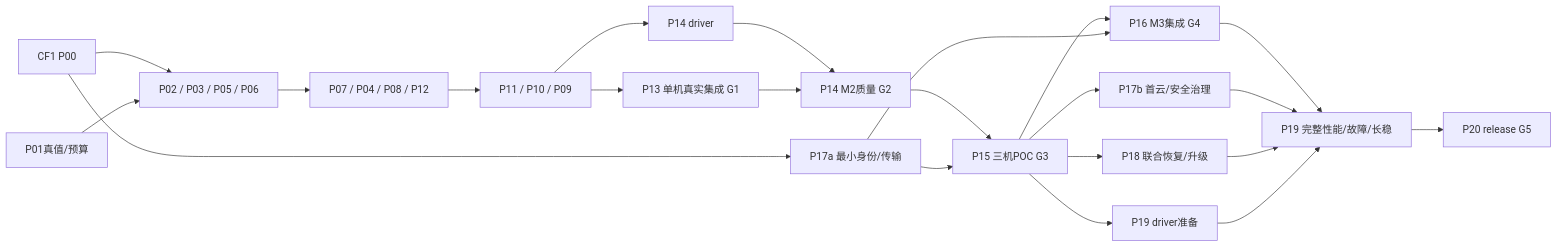
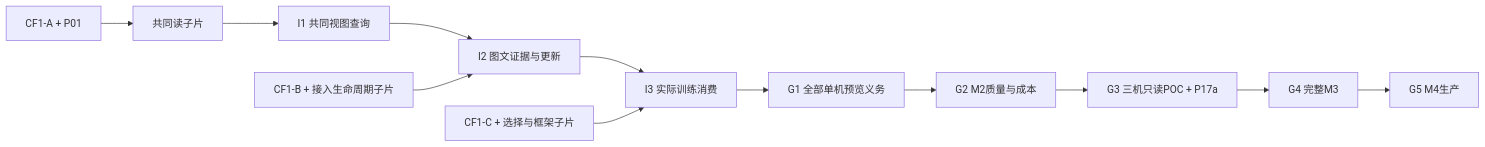
One commit to yizhouxw/guradb changed the diagram in docs/plans/2026-10-20-parallel-delivery.md. Above: the diagram before and after it, drawn with Mermaid. The commit also changed other lines of this file and 22 other files, not shown here.

````diff
--- a/docs/plans/2026-10-20-parallel-delivery.md
+++ b/docs/plans/2026-10-20-parallel-delivery.md
@@ -108,24 +140,14 @@
 ```mermaid
 flowchart LR
-    P00[CF1 P00] --> W1[P02 / P03 / P05 / P06]
-    P01[P01真值/预算] --> W1
-    W1 --> W2[P07 / P04 / P08 / P12]
-    W2 --> W3[P11 / P10 / P09]
-    W3 --> P13[P13 单机真实集成 G1]
-    W3 --> D14[P14 driver]
-    D14 --> P14[P14 M2质量 G2]
-    P13 --> P14
-    P14 --> P15[P15 三机POC G3]
-    P00 --> P17a[P17a 最小身份/传输]
-    P17a --> P15
-    P15 --> P16[P16 M3集成 G4]
-    P17a --> P16
-    P15 --> P17b[P17b 首云/安全治理]
-    P15 --> P18[P18 联合恢复/升级]
-    P15 --> D19[P19 driver准备]
-    P16 --> P19[P19 完整性能/故障/长稳]
-    P17b --> P19
-    P18 --> P19
-    D19 --> P19
-    P19 --> P20[P20 release G5]
+    A[CF1-A + P01] --> R[共同读子片]
+    R --> I1[I1 共同视图查询]
+    I1 --> I2[I2 图文证据与更新]
+    B[CF1-B + 接入生命周期子片] --> I2
+    I2 --> I3[I3 实际训练消费]
+    C[CF1-C + 选择与框架子片] --> I3
+    I3 --> G1[G1 全部单机预览义务]
+    G1 --> G2[G2 M2质量与成本]
+    G2 --> G3[G3 三机只读POC + P17a]
+    G3 --> G4[G4 完整M3]
+    G4 --> G5[G5 M4生产]
 ```
````
